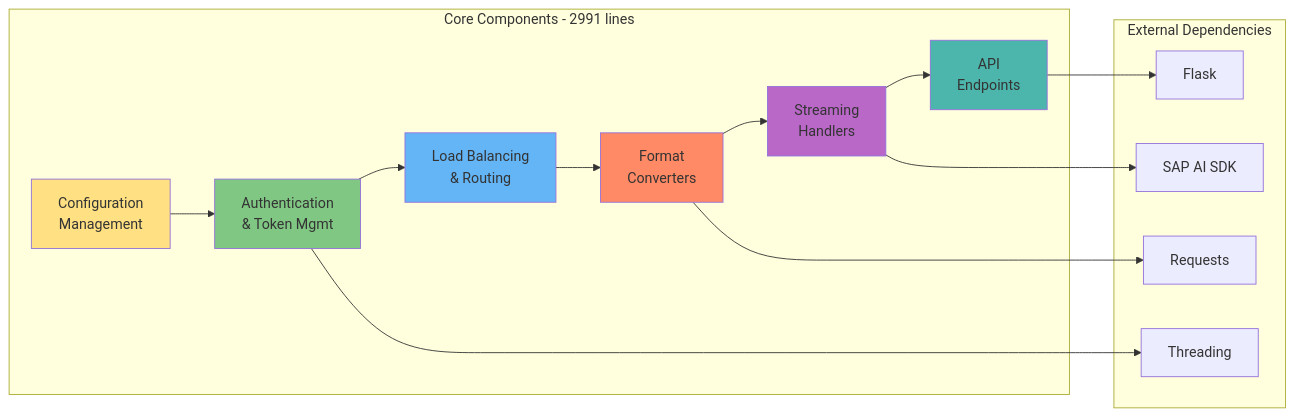
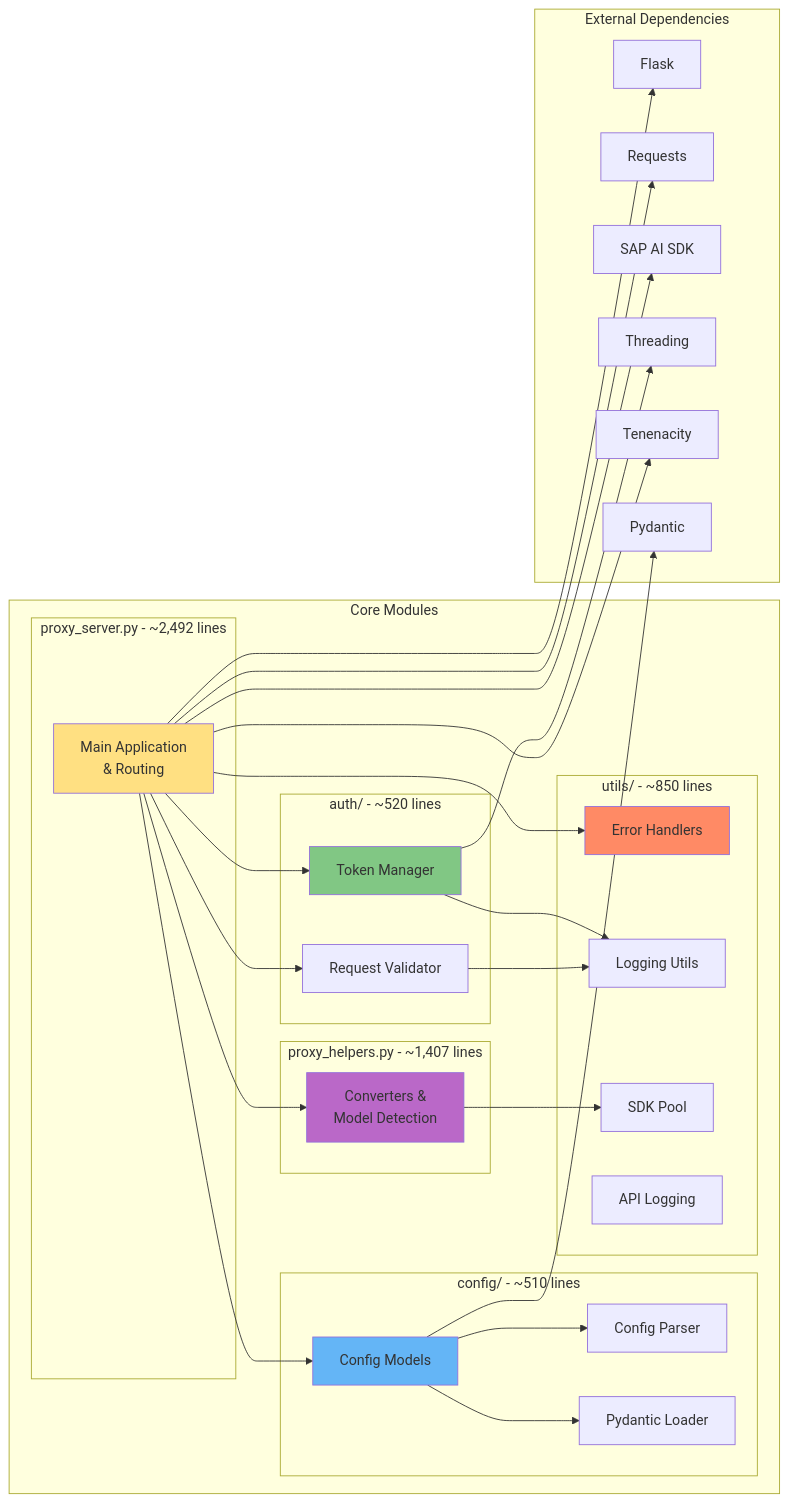
One commit to wl21st/sap-ai-core-llm-proxy changed the fifth of 9 diagrams in docs/ARCHITECTURE.md. Above: the diagram before and after it, drawn with Mermaid. The commit also changed other lines of this file and 7 other files, not shown here.

Commit message:
docs: update architecture and backlog documentation with current implementation status

````diff
--- a/docs/ARCHITECTURE.md
+++ b/docs/ARCHITECTURE.md
@@ -206,36 +206,64 @@
 ```mermaid
 graph LR
-    subgraph "Core Components - 2991 lines"
-        A[Configuration<br/>Management]
-        B[Authentication<br/>& Token Mgmt]
-        C[Load Balancing<br/>& Routing]
-        D[Format<br/>Converters]
-        E[Streaming<br/>Handlers]
-        F[API<br/>Endpoints]
+    subgraph "Core Modules"
+        subgraph "proxy_server.py - ~2,492 lines"
+            A[Main Application<br/>& Routing]
+        end
+
+        subgraph "auth/ - ~520 lines"
+            B1[Token Manager]
+            B2[Request Validator]
+        end
+
+        subgraph "config/ - ~510 lines"
+            C1[Config Models]
+            C2[Config Parser]
+            C3[Pydantic Loader]
+        end
+
+        subgraph "utils/ - ~850 lines"
+            D1[Error Handlers]
+            D2[Logging Utils]
+            D3[SDK Pool]
+            D4[API Logging]
+        end
+
+        subgraph "proxy_helpers.py - ~1,407 lines"
+            E[Converters &<br/>Model Detection]
+        end
     end
-    
+
     subgraph "External Dependencies"
-        G[Flask]
-        H[Requests]
-        I[SAP AI SDK]
-        J[Threading]
+        F[Flask]
+        G[Requests]
+        H[SAP AI SDK]
+        I[Threading]
+        J[Tenenacity]
+        K[Pydantic]
     end
-    
-    A --> B
-    B --> C
-    C --> D
-    D --> E
-    E --> F
-    
-    F --> G
-    D --> H
-    E --> I
-    B --> J
-    
+
+    A --> B1
+    A --> B2
+    A --> C1
+    A --> E
+    A --> D1
+
+    B1 --> D2
+    B2 --> D2
+    C1 --> C2
+    C1 --> C3
+    E --> D3
+
+    A --> F
+    A --> G
+    A --> H
+    B1 --> I
+    A --> J
+    C1 --> K
+
     style A fill:#FFE082
-    style B fill:#81C784
-    style C fill:#64B5F6
-    style D fill:#FF8A65
+    style B1 fill:#81C784
+    style C1 fill:#64B5F6
+    style D1 fill:#FF8A65
     style E fill:#BA68C8
-    style F fill:#4DB6AC
 ```
````
